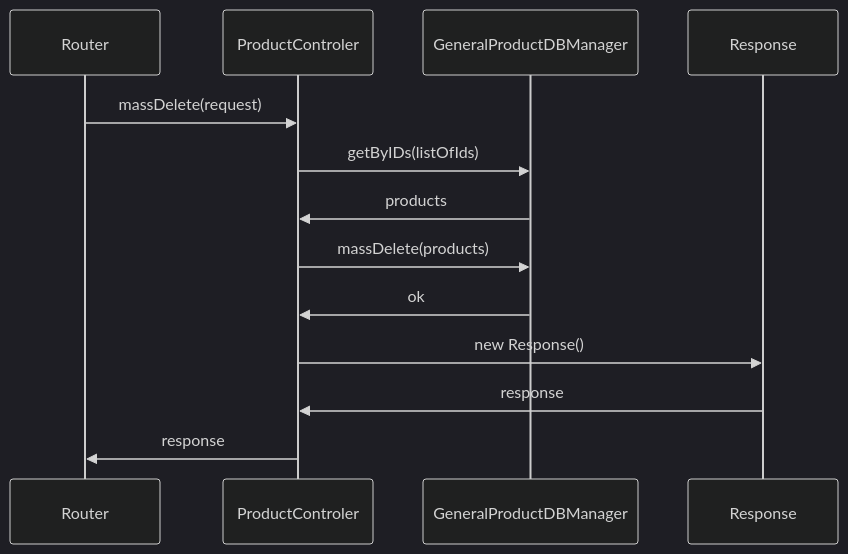
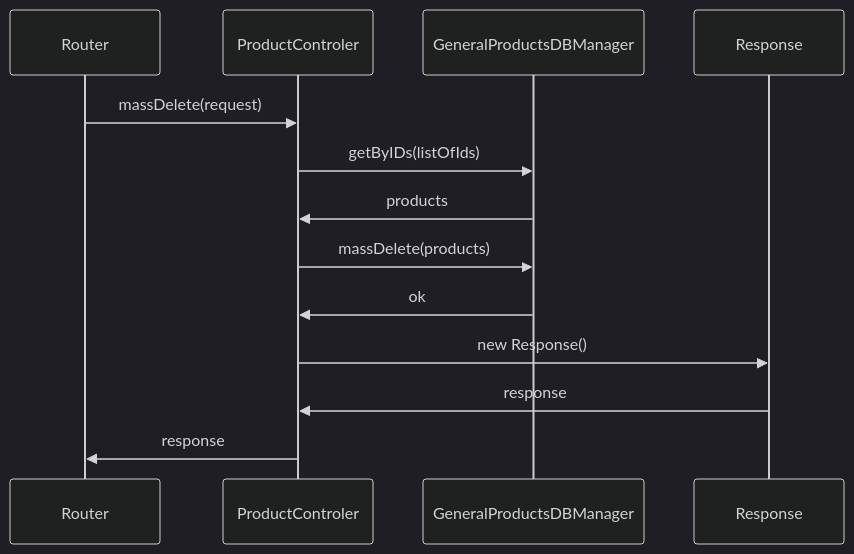
Before and after one commit to laercioigorps/scandiweb-awesome-ecommerce-backend: the diagram in docs/massDeleteSequence.md, drawn with Mermaid (dark theme). The commit also changed 1 other file, not shown here.

Commit message:
add er diagram

````diff
--- a/docs/massDeleteSequence.md
+++ b/docs/massDeleteSequence.md
@@ -1,20 +1,20 @@
 ```mermaid
 
 sequenceDiagram
     Router->>ProductControler : massDelete(request)
 
-    ProductControler->>GeneralProductDBManager : getByIDs(listOfIds)
-    GeneralProductDBManager->>ProductControler : products
+    ProductControler->>GeneralProductsDBManager : getByIDs(listOfIds)
+    GeneralProductsDBManager->>ProductControler : products
 
-    ProductControler->>GeneralProductDBManager : massDelete(products)
-    GeneralProductDBManager->>ProductControler : ok
+    ProductControler->>GeneralProductsDBManager : massDelete(products)
+    GeneralProductsDBManager->>ProductControler : ok
 
     ProductControler->>Response : new Response()
     Response->>ProductControler : response
 
     ProductControler->>Router : response
 
 
 
 
 ```
````
